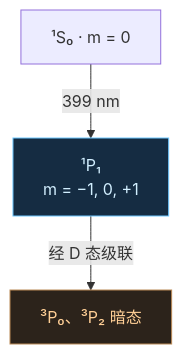
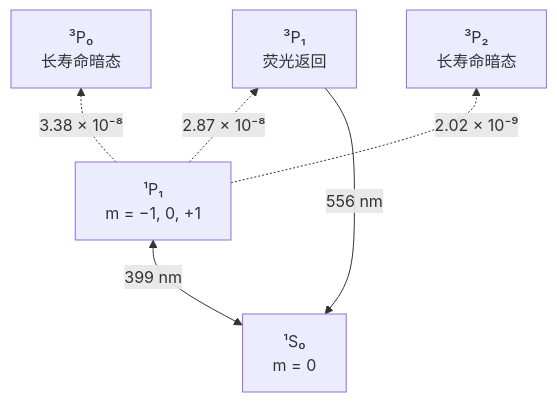
The diagram in mot3d/engine-diagrams/blue-rate-equations.mmd (WindSweeps/yb-mot3d-simulator), drawn with Mermaid before and after one commit. The commit also changed 12 other files, not shown here.

```diff
--- a/mot3d/engine-diagrams/blue-rate-equations.mmd
+++ b/mot3d/engine-diagrams/blue-rate-equations.mmd
@@ -1,7 +1,13 @@
-flowchart TB
-    G["¹S₀ · m = 0"] -->|"399 nm"| B["¹P₁<br/>m = −1, 0, +1"]
-    B -->|"经 D 态级联"| D["³P₀、³P₂ 暗态"]
-    classDef blue fill:#152c42,stroke:#6cc7ff,color:#d2efff
-    classDef dark fill:#2c231b,stroke:#ba8956,color:#ffcf96
-    class B blue
-    class D dark
+flowchart BT
+    accTitle: ¹⁷⁴Yb 蓝光稳态速率方程能级图
+    accDescr: 能量向上递增。399 nm 冷却循环驱动蓝光跃迁。蓝光虚线标注经 ³D 态级联至三个末态的有效分支比。
+    G["¹S₀<br/>m = 0"]
+    B["¹P₁<br/>m = −1, 0, +1"]
+    V["³P₁<br/>荧光返回"]
+    P0["³P₀<br/>长寿命暗态"]
+    P2["³P₂<br/>长寿命暗态"]
+    G <-->|"399 nm"| B
+    V -->|"556 nm"| G
+    B -.->|"3.38 × 10⁻⁸"| P0
+    B -.->|"2.87 × 10⁻⁸"| V
+    B -.->|"2.02 × 10⁻⁹"| P2
```
